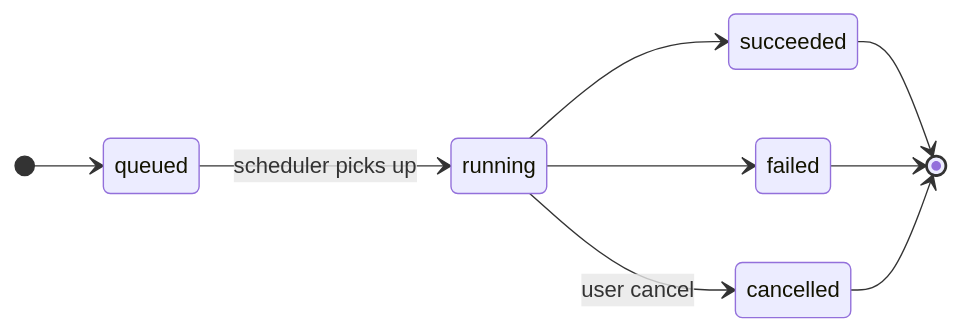
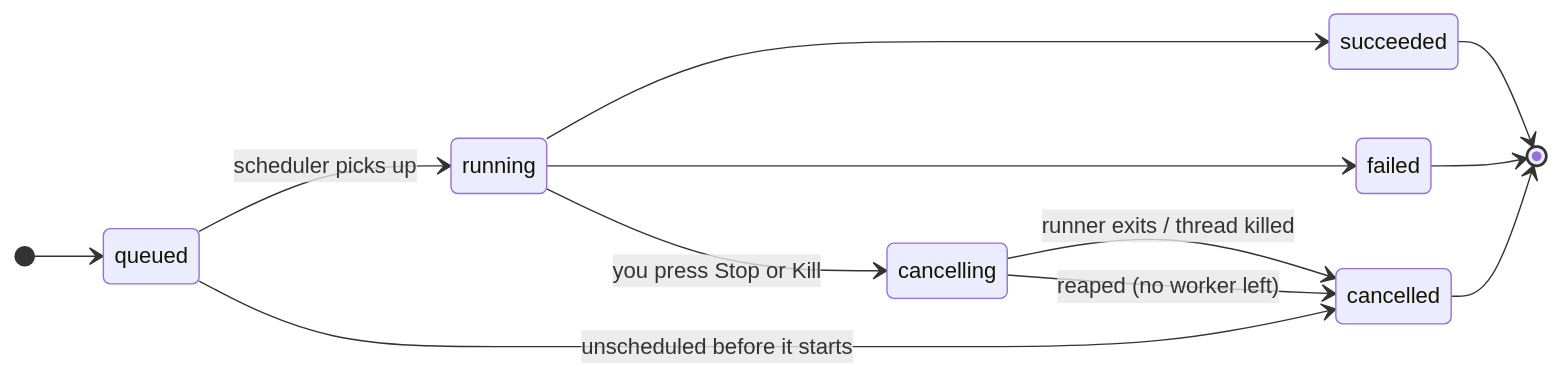
Before and after one commit to costantinoai/alma-library-manager: the diagram in docs/operations/background-jobs.md, drawn with Mermaid. The commit also changed other lines of this file and 2 other files, not shown here.

````diff
--- a/docs/operations/background-jobs.md
+++ b/docs/operations/background-jobs.md
@@ -41,12 +41,15 @@
 ```mermaid
 stateDiagram-v2
     direction LR
     [*] --> queued
     queued --> running: scheduler picks up
+    queued --> cancelled: unscheduled before it starts
     running --> succeeded
     running --> failed
-    running --> cancelled: user cancel
+    running --> cancelling: you press Stop or Kill
+    cancelling --> cancelled: runner exits / thread killed
+    cancelling --> cancelled: reaped (no worker left)
     succeeded --> [*]
     failed --> [*]
     cancelled --> [*]
 ```
````
